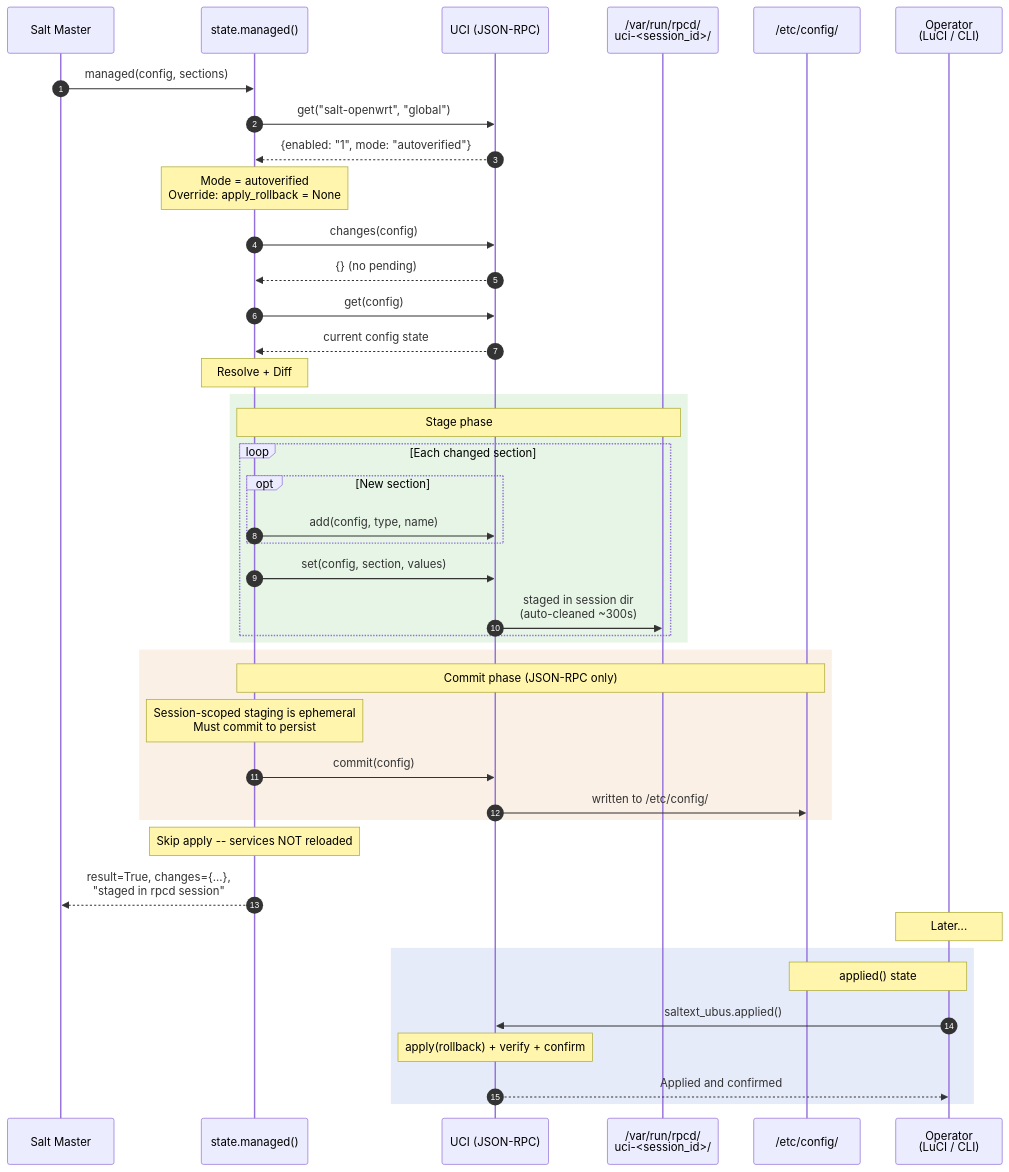
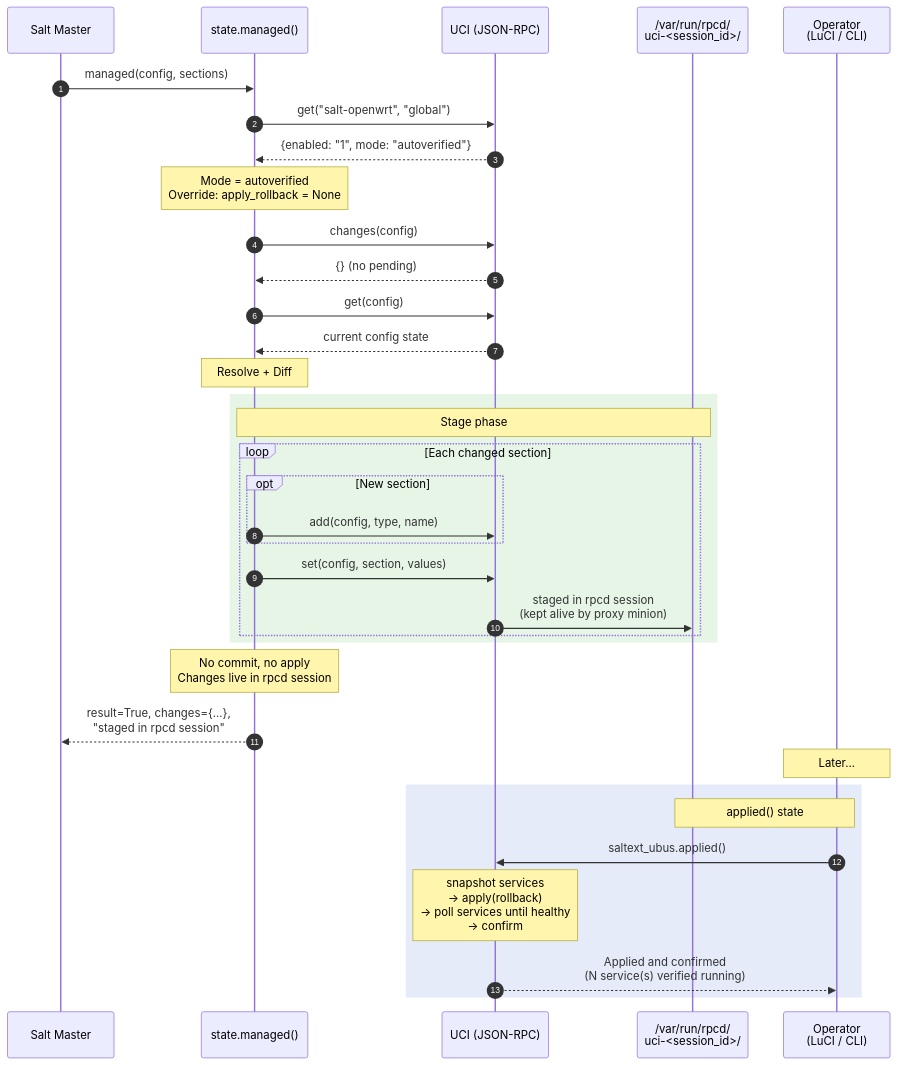
One commit to cprima-homelab/saltext-openwrt-ubus changed the fourth of 7 diagrams in docs/topics/managed-flow.md. Above: the diagram before and after it, drawn with Mermaid. The commit also changed other lines of this file, not shown here.

First line of the commit message:
Update sequence diagrams for service health verification

````diff
--- a/docs/topics/managed-flow.md
+++ b/docs/topics/managed-flow.md
@@ -190,55 +210,47 @@
 ```{mermaid}
 sequenceDiagram
     autonumber
     participant Master as Salt Master
     participant State as state.managed()
     participant UCI as UCI (JSON-RPC)
     participant Session as /var/run/rpcd/<br/>uci-<session_id>/
-    participant Config as /etc/config/
     participant Human as Operator<br/>(LuCI / CLI)
 
     Master->>State: managed(config, sections)
     State->>UCI: get("salt-openwrt", "global")
     UCI-->>State: {enabled: "1", mode: "autoverified"}
 
     Note over State: Mode = autoverified<br/>Override: apply_rollback = None
 
     State->>UCI: changes(config)
     UCI-->>State: {} (no pending)
 
     State->>UCI: get(config)
     UCI-->>State: current config state
 
     Note over State: Resolve + Diff
 
     rect rgb(230, 245, 230)
         Note over State,Session: Stage phase
         loop Each changed section
             opt New section
                 State->>UCI: add(config, type, name)
             end
             State->>UCI: set(config, section, values)
-            UCI->>Session: staged in session dir<br/>(auto-cleaned ~300s)
+            UCI->>Session: staged in rpcd session<br/>(kept alive by proxy minion)
         end
     end
 
-    rect rgb(250, 240, 230)
-        Note over State,Config: Commit phase (JSON-RPC only)
-        Note over State: Session-scoped staging is ephemeral<br/>Must commit to persist
-        State->>UCI: commit(config)
-        UCI->>Config: written to /etc/config/
-    end
-
-    Note over State: Skip apply -- services NOT reloaded
+    Note over State: No commit, no apply<br/>Changes live in rpcd session
 
     State-->>Master: result=True, changes={...},<br/>"staged in rpcd session"
 
     Note over Human: Later...
 
     rect rgb(230, 235, 250)
-        Note over Human,Config: applied() state
+        Note over Human,Session: applied() state
         Human->>UCI: saltext_ubus.applied()
-        Note over UCI: apply(rollback) + verify + confirm
-        UCI-->>Human: Applied and confirmed
+        Note over UCI: snapshot services<br/>→ apply(rollback)<br/>→ poll services until healthy<br/>→ confirm
+        UCI-->>Human: Applied and confirmed<br/>(N service(s) verified running)
     end
 ```
````
